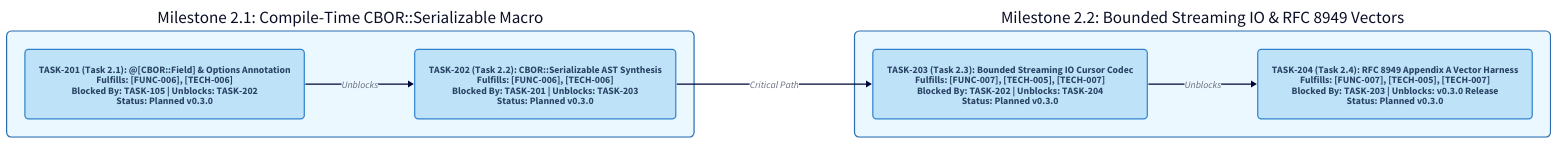
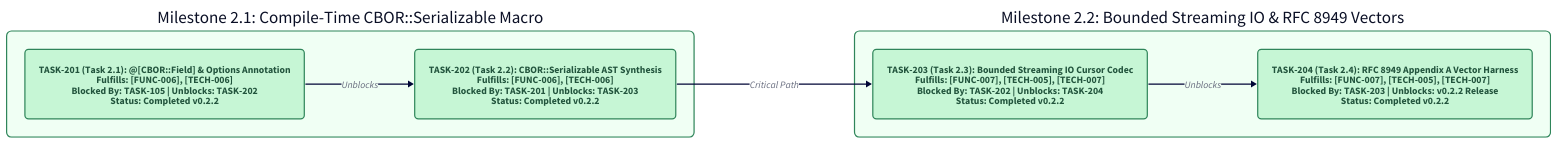
Before and after one commit to renich/crystal-cbor-fido: the diagram in docs/diagrams/roadmaps/phase-2-enhancement.d2, drawn with D2. The commit also changed 29 other files, not shown here.

First line of the commit message:
feat(cbor): implement CBOR::Serializable macro and bounded IO codec for v0.2.2

```diff
--- a/docs/diagrams/roadmaps/phase-2-enhancement.d2
+++ b/docs/diagrams/roadmaps/phase-2-enhancement.d2
@@ -1,60 +1,60 @@
 direction: right
 
 vars: {
   d2-config: {
     layout-engine: dagre
     theme-id: 4
     pad: 40
   }
 }
 
 classes: {
   milestone: {
     style: {
-      stroke: "#2B6CB0"
+      stroke: "#2F855A"
       stroke-width: 2
       border-radius: 8
-      fill: "#EBF8FF"
+      fill: "#F0FFF4"
     }
   }
   task_node: {
     shape: rectangle
     style: {
-      stroke: "#3182CE"
+      stroke: "#2F855A"
       stroke-width: 2
       border-radius: 6
-      fill: "#BEE3F8"
-      font-color: "#2A4365"
+      fill: "#C6F6D5"
+      font-color: "#22543D"
     }
   }
 }
 
 m2_1: "Milestone 2.1: Compile-Time CBOR::Serializable Macro" {
   class: milestone
 
-  t201: "TASK-201 (Task 2.1): @[CBOR::Field] & Options Annotation\nFulfills: [FUNC-006], [TECH-006]\nBlocked By: TASK-105 | Unblocks: TASK-202\nStatus: Planned v0.3.0" {
+  t201: "TASK-201 (Task 2.1): @[CBOR::Field] & Options Annotation\nFulfills: [FUNC-006], [TECH-006]\nBlocked By: TASK-105 | Unblocks: TASK-202\nStatus: Completed v0.2.2" {
     class: task_node
   }
 
-  t202: "TASK-202 (Task 2.2): CBOR::Serializable AST Synthesis\nFulfills: [FUNC-006], [TECH-006]\nBlocked By: TASK-201 | Unblocks: TASK-203\nStatus: Planned v0.3.0" {
+  t202: "TASK-202 (Task 2.2): CBOR::Serializable AST Synthesis\nFulfills: [FUNC-006], [TECH-006]\nBlocked By: TASK-201 | Unblocks: TASK-203\nStatus: Completed v0.2.2" {
     class: task_node
   }
 
   t201 -> t202: "Unblocks"
 }
 
 m2_2: "Milestone 2.2: Bounded Streaming IO & RFC 8949 Vectors" {
   class: milestone
 
-  t203: "TASK-203 (Task 2.3): Bounded Streaming IO Cursor Codec\nFulfills: [FUNC-007], [TECH-005], [TECH-007]\nBlocked By: TASK-202 | Unblocks: TASK-204\nStatus: Planned v0.3.0" {
+  t203: "TASK-203 (Task 2.3): Bounded Streaming IO Cursor Codec\nFulfills: [FUNC-007], [TECH-005], [TECH-007]\nBlocked By: TASK-202 | Unblocks: TASK-204\nStatus: Completed v0.2.2" {
     class: task_node
   }
 
-  t204: "TASK-204 (Task 2.4): RFC 8949 Appendix A Vector Harness\nFulfills: [FUNC-007], [TECH-005], [TECH-007]\nBlocked By: TASK-203 | Unblocks: v0.3.0 Release\nStatus: Planned v0.3.0" {
+  t204: "TASK-204 (Task 2.4): RFC 8949 Appendix A Vector Harness\nFulfills: [FUNC-007], [TECH-005], [TECH-007]\nBlocked By: TASK-203 | Unblocks: v0.2.2 Release\nStatus: Completed v0.2.2" {
     class: task_node
   }
 
   t203 -> t204: "Unblocks"
 }
 
 m2_1.t202 -> m2_2.t203: "Critical Path"
```
